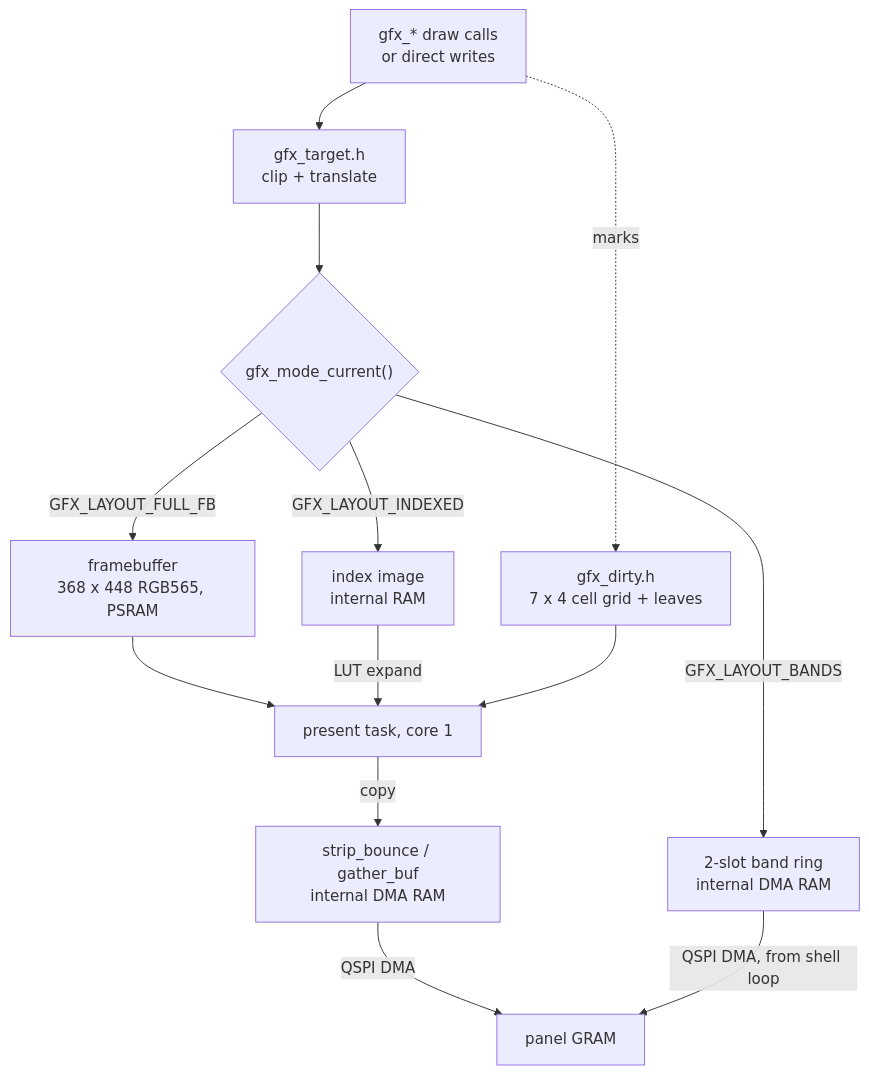
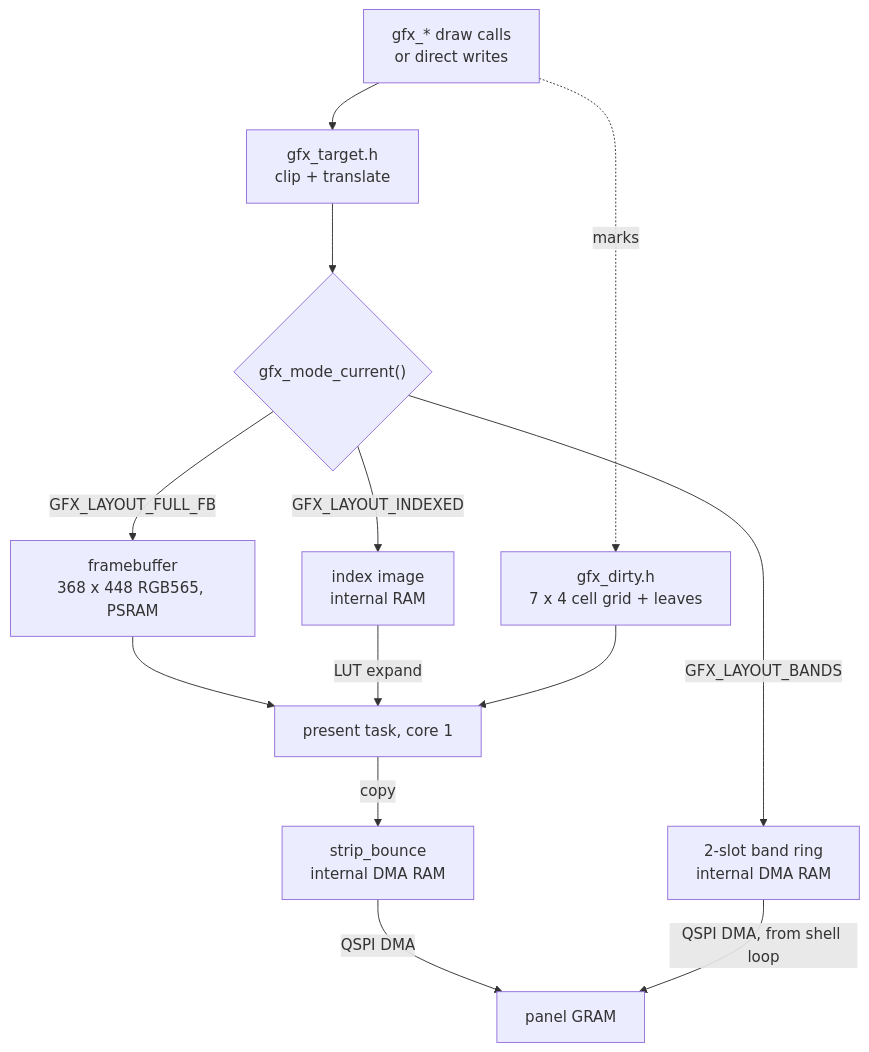
One commit to jose-villegas/autana changed the first of 4 diagrams in docs/Gfx-and-Presentation.md. Above: the diagram before and after it, drawn with Mermaid. The commit also changed other lines of this file and 9 other files, not shown here.

Commit message:
docs: review round on the display notes - gather path, timeline, citers

````diff
--- a/docs/Gfx-and-Presentation.md
+++ b/docs/Gfx-and-Presentation.md
@@ -18,15 +18,15 @@
 ```mermaid
 flowchart TB
     DRAW["gfx_* draw calls<br/>or direct writes"] --> TGT["gfx_target.h<br/>clip + translate"]
     TGT --> SEL{"gfx_mode_current()"}
     SEL -->|"GFX_LAYOUT_FULL_FB"| FB["framebuffer<br/>368 x 448 RGB565, PSRAM"]
     SEL -->|"GFX_LAYOUT_BANDS"| BR["2-slot band ring<br/>internal DMA RAM"]
     SEL -->|"GFX_LAYOUT_INDEXED"| IX["index image<br/>internal RAM"]
     DRAW -.->|"marks"| DT["gfx_dirty.h<br/>7 x 4 cell grid + leaves"]
     FB --> PT["present task, core 1"]
     IX -->|"LUT expand"| PT
     DT --> PT
-    PT -->|"copy"| BNC["strip_bounce / gather_buf<br/>internal DMA RAM"]
+    PT -->|"copy"| BNC["strip_bounce<br/>internal DMA RAM"]
     BNC -->|"QSPI DMA"| PANEL["panel GRAM"]
     BR -->|"QSPI DMA, from shell loop"| PANEL
 ```
````
